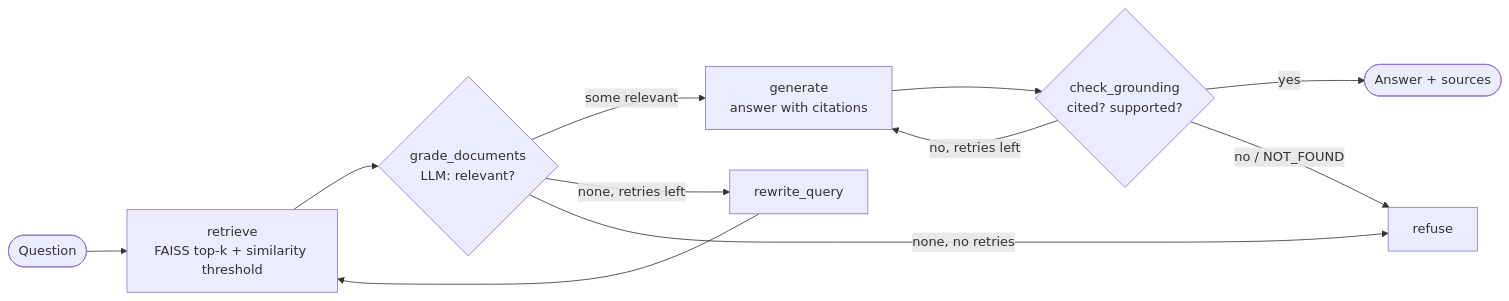
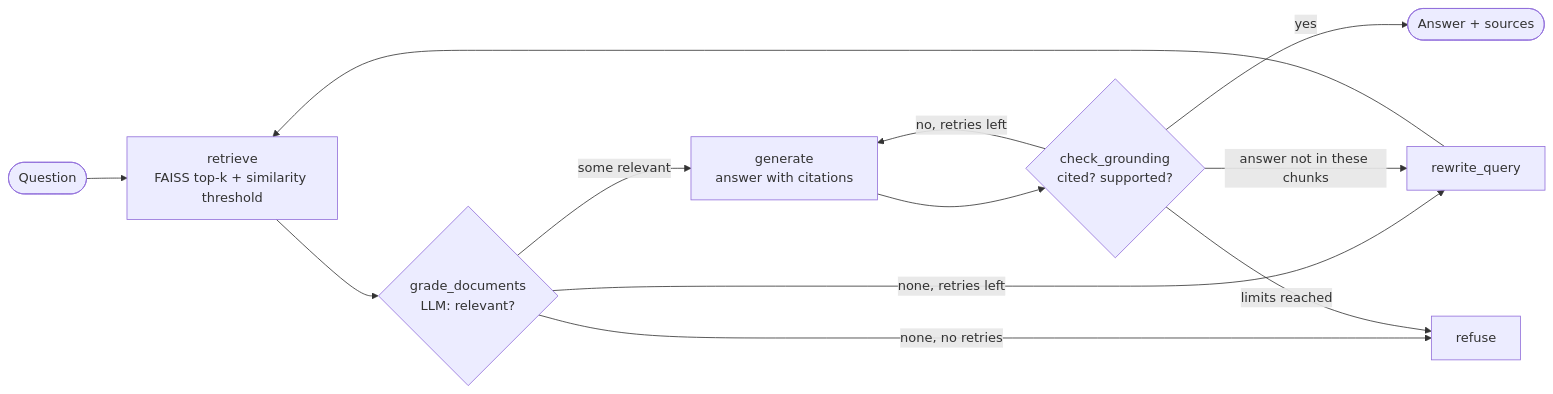
The diagram in README.md (Wik-Hrit/ResearchRAG-), drawn with Mermaid before and after one commit. The commit also changed other lines of this file and 3 other files, not shown here.

Commit message:
Agent searches again when retrieved chunks lack the answer; BGE embeddings

````diff
--- a/README.md
+++ b/README.md
@@ -15,13 +15,14 @@
 ```mermaid
 flowchart LR
     Q([Question]) --> R[retrieve<br/>FAISS top-k + similarity threshold]
     R --> G{grade_documents<br/>LLM: relevant?}
     G -- some relevant --> GEN[generate<br/>answer with citations]
     G -- none, retries left --> RW[rewrite_query]
     RW --> R
     G -- none, no retries --> X[refuse]
     GEN --> C{check_grounding<br/>cited? supported?}
     C -- yes --> A([Answer + sources])
     C -- no, retries left --> GEN
-    C -- no / NOT_FOUND --> X
+    C -- answer not in these chunks --> RW
+    C -- limits reached --> X
 ```
````
